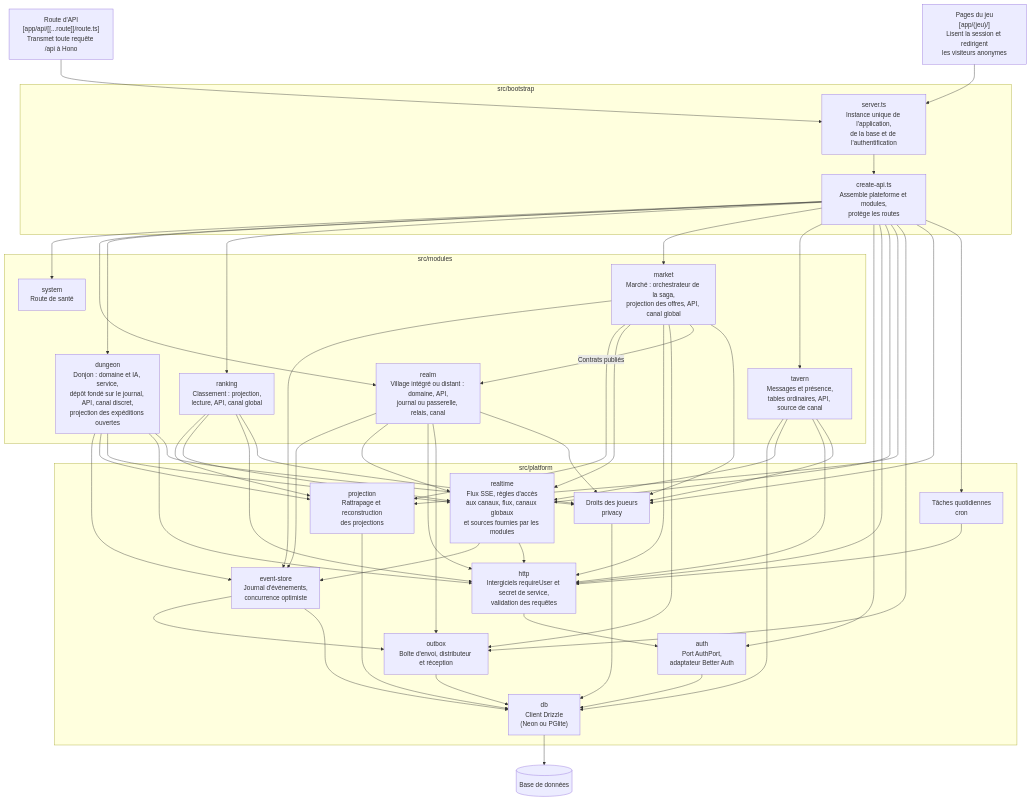
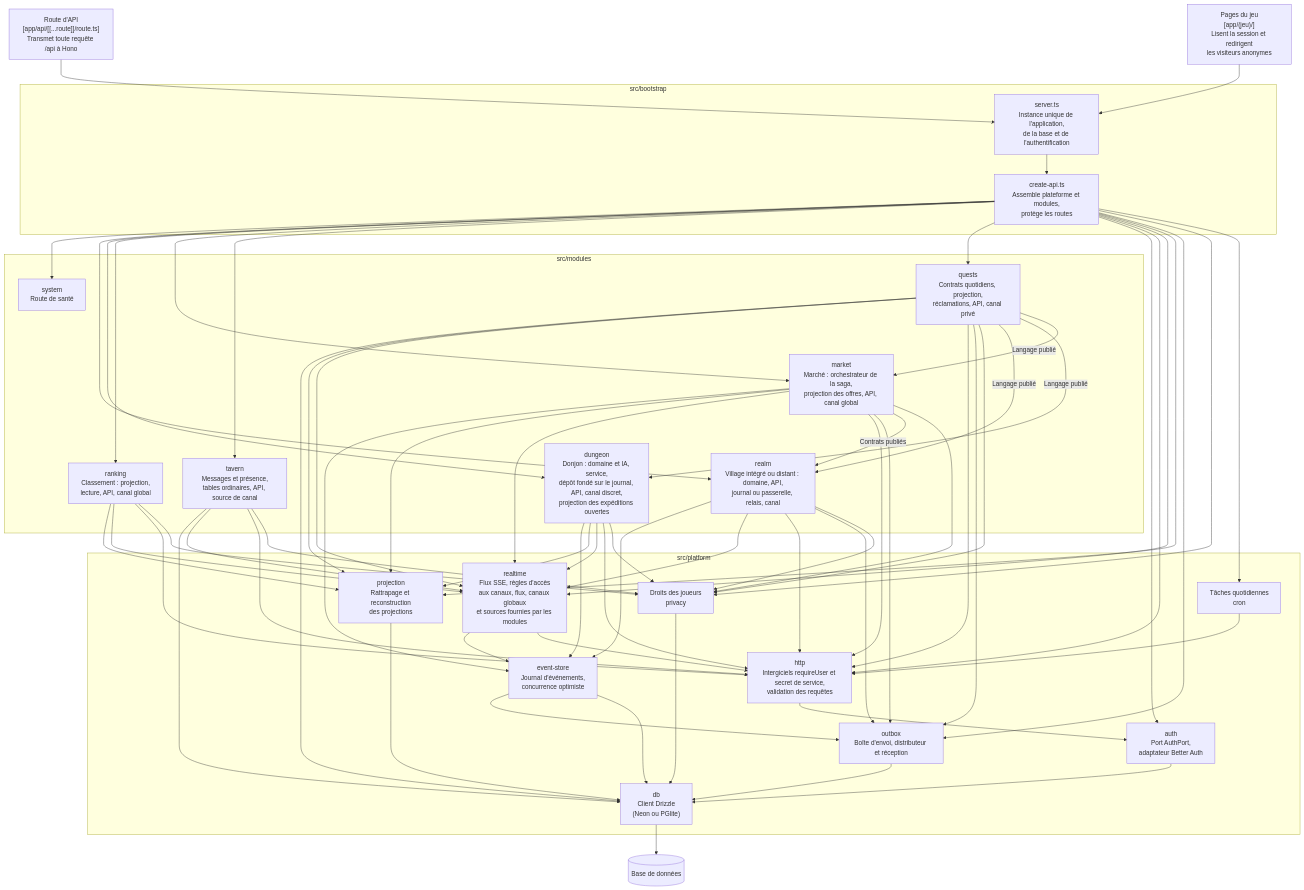
Before and after one commit to leon-morival/kingdom: the third of 7 diagrams in docs/architecture.md, drawn with Mermaid. The commit also changed other lines of this file and 16 other files, not shown here.

````diff
--- a/docs/architecture.md
+++ b/docs/architecture.md
@@ -63,50 +63,53 @@
 ```mermaid
 flowchart TB
   route["Route d'API<br/>[app/api/[[...route]]/route.ts]<br/>Transmet toute requête /api à Hono"]
   pages["Pages du jeu<br/>[app/(jeu)/]<br/>Lisent la session et redirigent<br/>les visiteurs anonymes"]
   subgraph bootstrap["src/bootstrap"]
     server["server.ts<br/>Instance unique de l'application,<br/>de la base et de l'authentification"]
     createapi["create-api.ts<br/>Assemble plateforme et modules,<br/>protège les routes"]
   end
   subgraph modules["src/modules"]
     system["system<br/>Route de santé"]
     realm["realm<br/>Village intégré ou distant : domaine, API,<br/>journal ou passerelle, relais, canal"]
     dungeon["dungeon<br/>Donjon : domaine et IA, service,<br/>dépôt fondé sur le journal, API, canal discret,<br/>projection des expéditions ouvertes"]
     ranking["ranking<br/>Classement : projection,<br/>lecture, API, canal global"]
     market["market<br/>Marché : orchestrateur de la saga,<br/>projection des offres, API, canal global"]
+    quests["quests<br/>Contrats quotidiens, projection,<br/>réclamations, API, canal privé"]
     tavern["tavern<br/>Messages et présence,<br/>tables ordinaires, API, source de canal"]
   end
   subgraph platform["src/platform"]
     auth["auth<br/>Port AuthPort,<br/>adaptateur Better Auth"]
     http["http<br/>Intergiciels requireUser et secret de service,<br/>validation des requêtes"]
     realtime["realtime<br/>Flux SSE, règles d'accès<br/>aux canaux, flux, canaux globaux<br/>et sources fournies par les modules"]
     store["event-store<br/>Journal d'événements,<br/>concurrence optimiste"]
     projection["projection<br/>Rattrapage et reconstruction<br/>des projections"]
     outbox["outbox<br/>Boîte d'envoi, distributeur et réception"]
     privacy["Droits des joueurs<br/>privacy"]
     cronapi["Tâches quotidiennes<br/>cron"]
     db["db<br/>Client Drizzle<br/>(Neon ou PGlite)"]
   end
   base[("Base de données")]
   route --> server
   pages --> server
   server --> createapi
-  createapi --> system & realm & dungeon & ranking & market & tavern & auth & http & realtime & projection & outbox & privacy & cronapi
+  createapi --> system & realm & dungeon & ranking & market & tavern & quests & auth & http & realtime & projection & outbox & privacy & cronapi
   realm --> store & realtime & http & outbox
   market --> store & projection & realtime & http & outbox
   market -->|"Contrats publiés"| realm
   dungeon --> store & projection & realtime & http
   ranking --> projection & realtime & http
   tavern --> db & realtime & http & privacy
+  quests --> db & projection & realtime & http & outbox & privacy
+  quests -->|"Langage publié"| realm & dungeon & market
   realm & dungeon & market & ranking --> privacy
   privacy --> db
   cronapi --> http
   realtime --> store & http
   projection --> db
   store --> outbox
   outbox --> db
   http --> auth
   auth --> db
   store --> db
   db --> base
 ```
````
